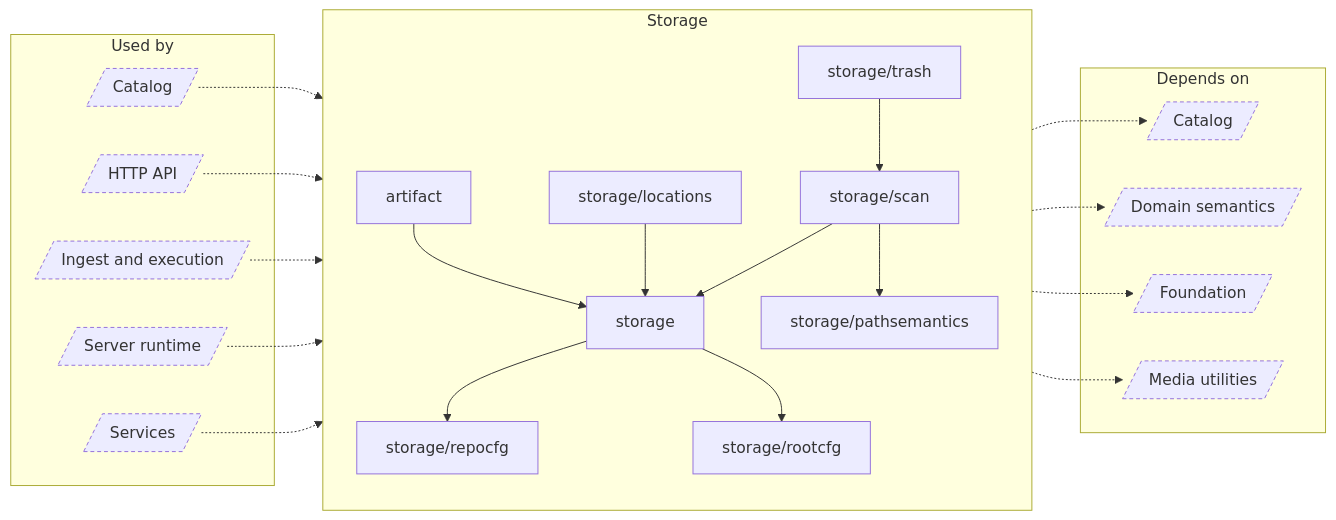
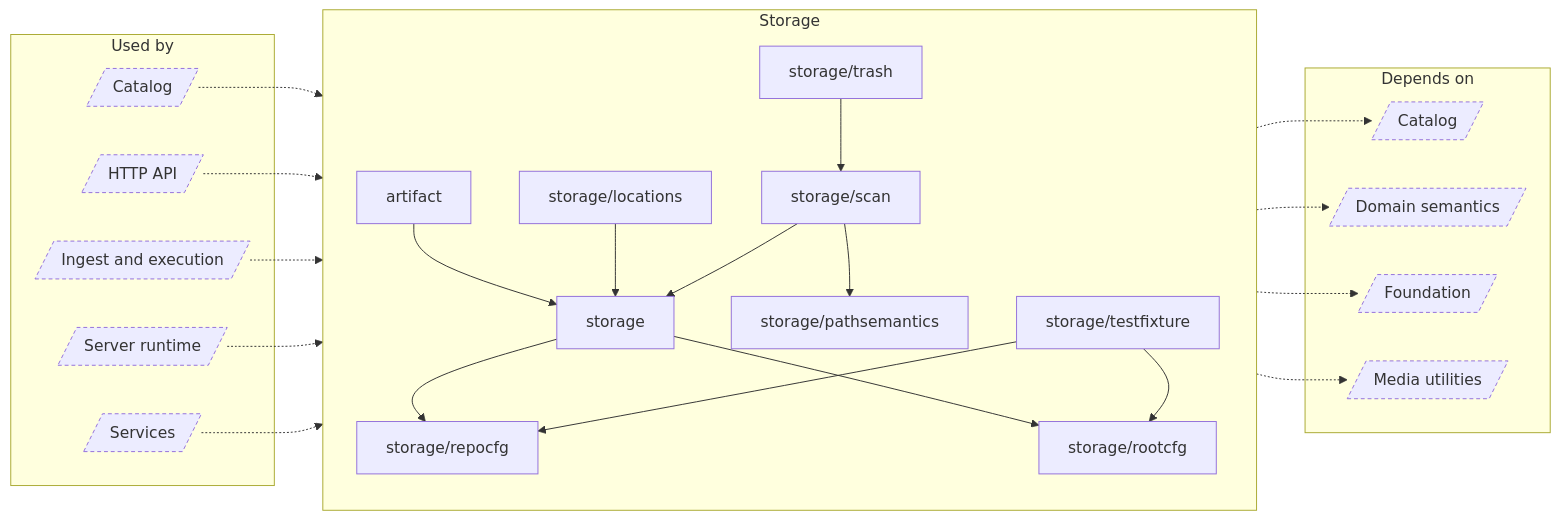
The diagram in docs/atlas/generated/architecture/group-storage.md (EdwinZhanCN/Lumilio-Photos), drawn with Mermaid before and after one commit. The commit also changed other lines of this file and 4 other files, not shown here.

````diff
--- a/docs/atlas/generated/architecture/group-storage.md
+++ b/docs/atlas/generated/architecture/group-storage.md
@@ -9,44 +9,47 @@
 ```mermaid
 flowchart LR
     subgraph n_g_Used_by["Used by"]
         n_in_catalog[/"Catalog"/]
         n_in_http[/"HTTP API"/]
         n_in_ingest[/"Ingest and execution"/]
         n_in_runtime[/"Server runtime"/]
         n_in_service[/"Services"/]
     end
     subgraph n_g_Storage["Storage"]
         n_server_internal_artifact["artifact"]
         n_server_internal_storage["storage"]
         n_server_internal_storage_locations["storage/locations"]
         n_server_internal_storage_pathsemantics["storage/pathsemantics"]
         n_server_internal_storage_repocfg["storage/repocfg"]
         n_server_internal_storage_rootcfg["storage/rootcfg"]
         n_server_internal_storage_scan["storage/scan"]
+        n_server_internal_storage_testfixture["storage/testfixture"]
         n_server_internal_storage_trash["storage/trash"]
     end
     subgraph n_g_Depends_on["Depends on"]
         n_out_catalog[/"Catalog"/]
         n_out_domain[/"Domain semantics"/]
         n_out_foundation[/"Foundation"/]
         n_out_media[/"Media utilities"/]
     end
     n_in_catalog -.-> n_g_Storage
     n_in_http -.-> n_g_Storage
     n_in_ingest -.-> n_g_Storage
     n_in_runtime -.-> n_g_Storage
     n_in_service -.-> n_g_Storage
     n_server_internal_artifact --> n_server_internal_storage
     n_server_internal_storage --> n_server_internal_storage_repocfg
     n_server_internal_storage --> n_server_internal_storage_rootcfg
     n_server_internal_storage_locations --> n_server_internal_storage
     n_server_internal_storage_scan --> n_server_internal_storage
     n_server_internal_storage_scan --> n_server_internal_storage_pathsemantics
+    n_server_internal_storage_testfixture --> n_server_internal_storage_repocfg
+    n_server_internal_storage_testfixture --> n_server_internal_storage_rootcfg
     n_server_internal_storage_trash --> n_server_internal_storage_scan
     n_g_Storage -.-> n_out_catalog
     n_g_Storage -.-> n_out_domain
     n_g_Storage -.-> n_out_foundation
     n_g_Storage -.-> n_out_media
     classDef external stroke-dasharray:4 3
     class n_in_catalog,n_in_http,n_in_ingest,n_in_runtime,n_in_service,n_out_catalog,n_out_domain,n_out_foundation,n_out_media external
 ```
````
